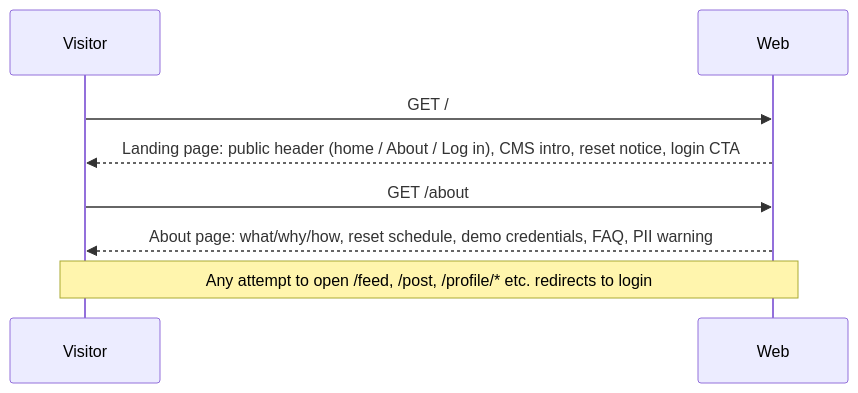
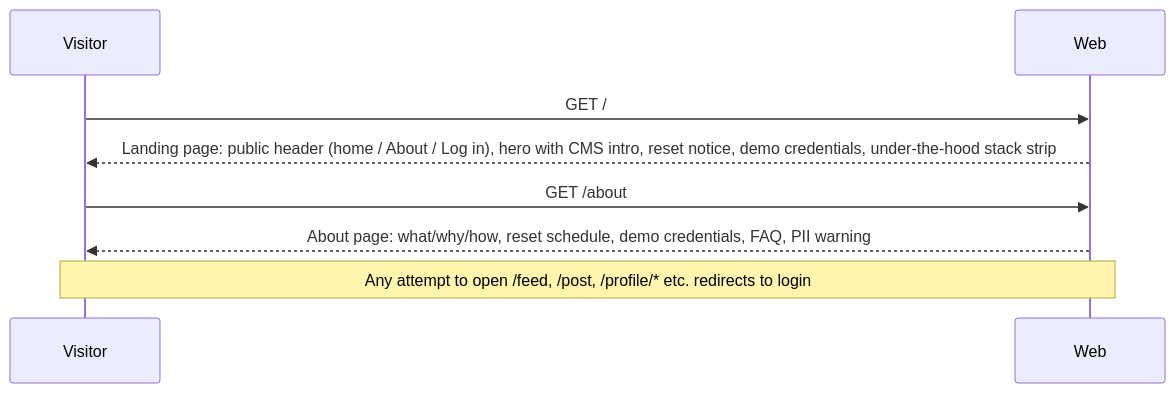
One commit to jdc-projects/xitter changed the first of 9 diagrams in docs/specs/product/03-user-flows.md. Above: the diagram before and after it, drawn with Mermaid. The commit also changed other lines of this file and 2 other files, not shown here.

Commit message:
docs(specs): landing demo surfaces, app-shell nav, unified pagination
Product 02: landing 1.6-1.8 (hero, stack strip, demo credentials), search
9.4 (in-place pagination), new section 13 (app shell: active state,
drawer, search-on-mobile, one Load more, single search input per page).
Product 03: first-visitor + search flows reflect the landing contents and
append-in-place pagination. Product 04: stack facts are code content;
credentials surface on the landing too.

````diff
--- a/docs/specs/product/03-user-flows.md
+++ b/docs/specs/product/03-user-flows.md
@@ -7,10 +7,10 @@
 ```mermaid
 sequenceDiagram
     participant V as Visitor
     participant W as Web
     V->>W: GET /
-    W-->>V: Landing page: public header (home / About / Log in), CMS intro, reset notice, login CTA
+    W-->>V: Landing page: public header (home / About / Log in), hero with CMS intro, reset notice, demo credentials, under-the-hood stack strip
     V->>W: GET /about
     W-->>V: About page: what/why/how, reset schedule, demo credentials, FAQ, PII warning
     Note over V,W: Any attempt to open /feed, /post, /profile/* etc. redirects to login
 ```
````
